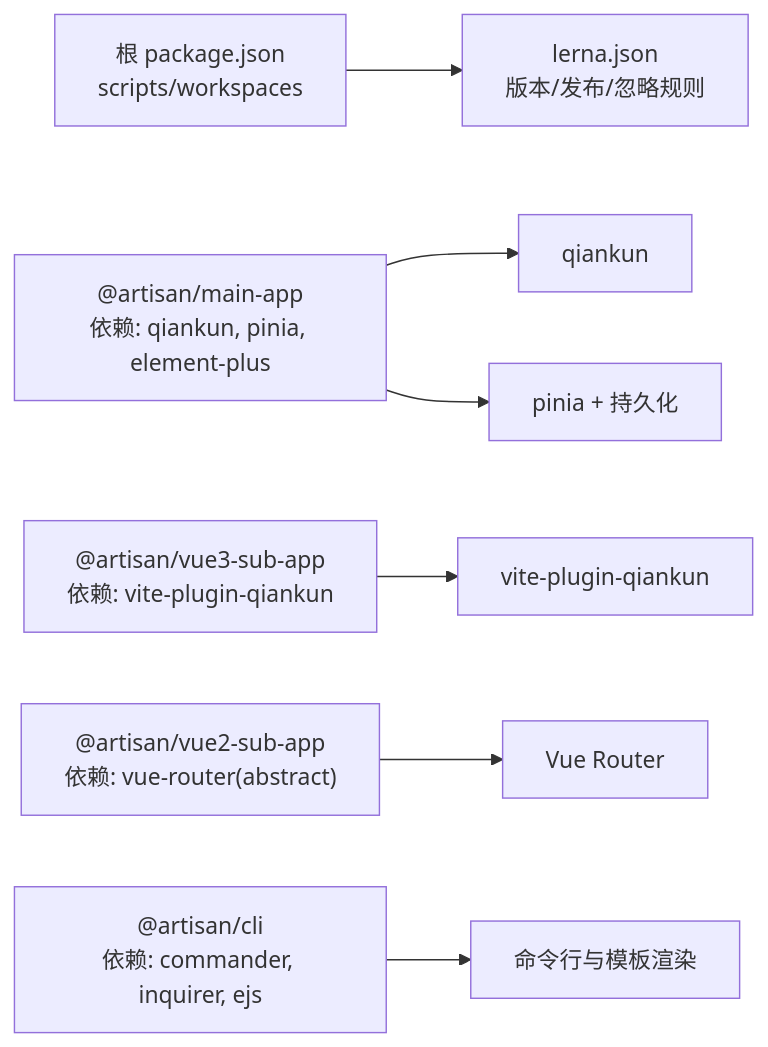
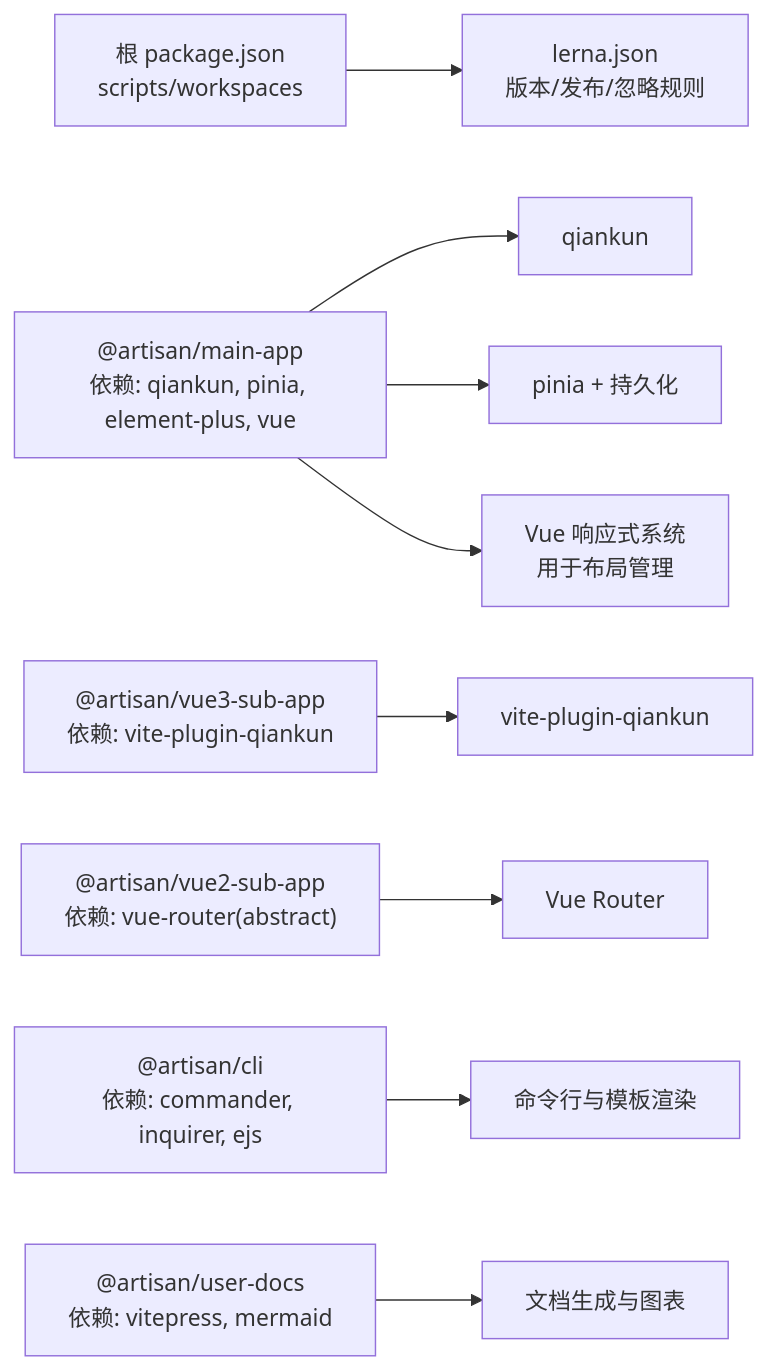
Before and after one commit to my-Sitara/artisan-base-frontend: the seventh of 7 diagrams in .qoder/repowiki/zh/content/架构设计/架构设计.md, drawn with Mermaid. The commit also changed other lines of this file and 25 other files, not shown here.

````diff
--- a/.qoder/repowiki/zh/content/架构设计/架构设计.md
+++ b/.qoder/repowiki/zh/content/架构设计/架构设计.md
@@ -264,9 +416,11 @@
 ```mermaid
 graph LR
 RootPkg["根 package.json<br/>scripts/workspaces"] --> LernaCfg["lerna.json<br/>版本/发布/忽略规则"]
-MA["@artisan/main-app<br/>依赖: qiankun, pinia, element-plus"] --> QiankunDep["qiankun"]
+MA["@artisan/main-app<br/>依赖: qiankun, pinia, element-plus, vue"] --> QiankunDep["qiankun"]
 MA --> PiniaDep["pinia + 持久化"]
+MA --> VueReactive["Vue 响应式系统<br/>用于布局管理"]
 V3["@artisan/vue3-sub-app<br/>依赖: vite-plugin-qiankun"] --> VitePluginDep["vite-plugin-qiankun"]
 V2["@artisan/vue2-sub-app<br/>依赖: vue-router(abstract)"] --> VR2["Vue Router"]
 CLI["@artisan/cli<br/>依赖: commander, inquirer, ejs"] --> CLI_Deps["命令行与模板渲染"]
+Docs["@artisan/user-docs<br/>依赖: vitepress, mermaid"] --> DocsDeps["文档生成与图表"]
 ```
````
